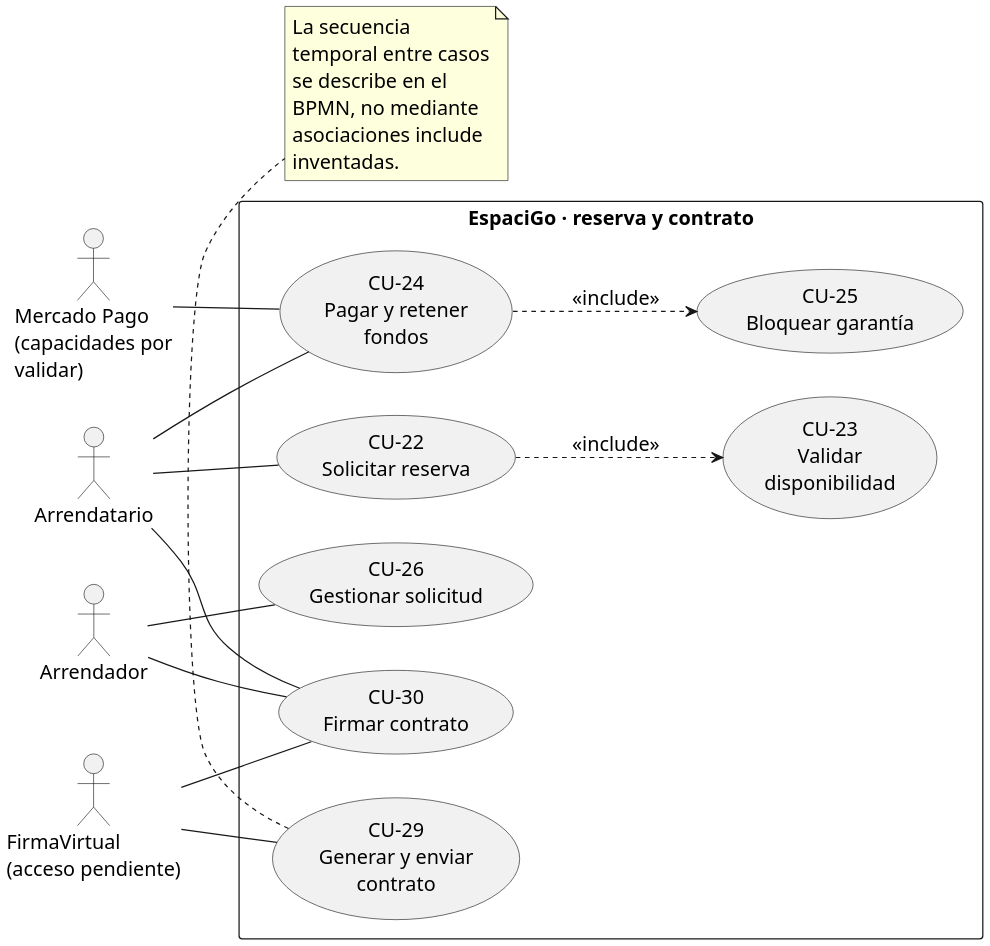
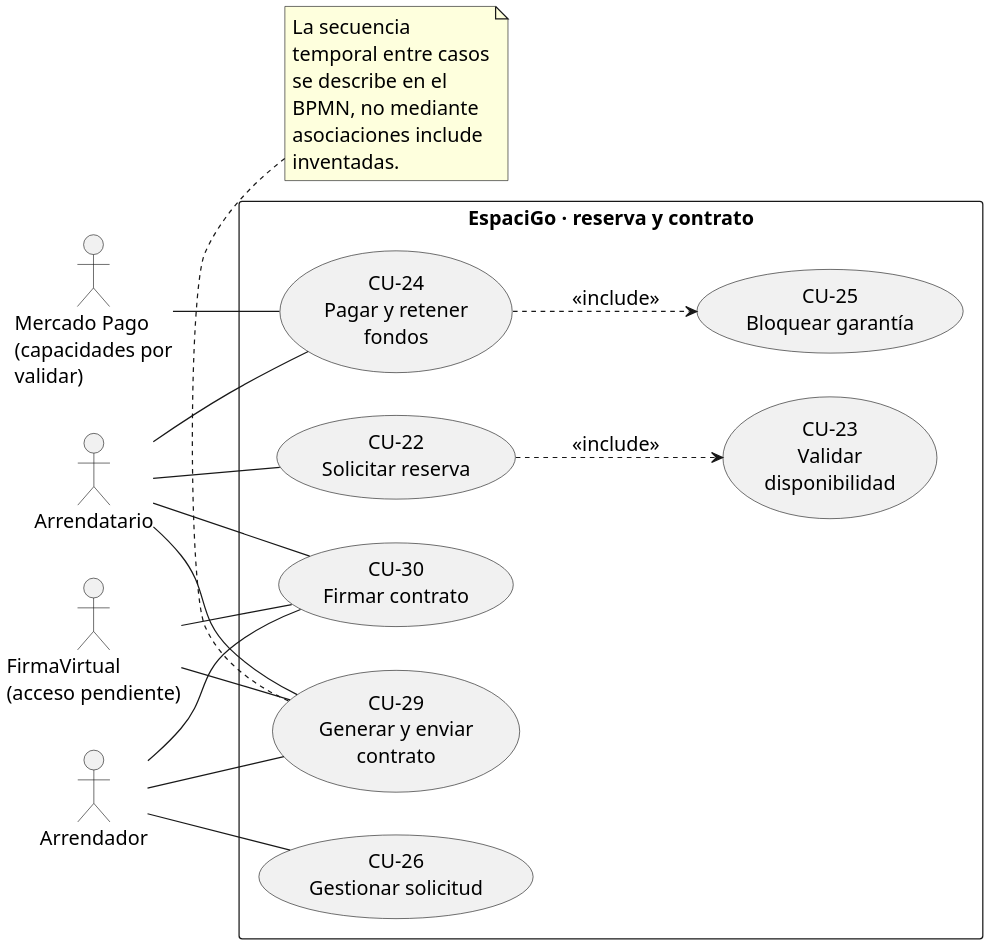
Before and after one commit to HernanEspinozaDev/proyectotitulo: the diagram in Informes/ES2PT/diagramas/cu_reserva.puml, drawn with PlantUML. The commit also changed 58 other files, not shown here.

```diff
--- a/Informes/ES2PT/diagramas/cu_reserva.puml
+++ b/Informes/ES2PT/diagramas/cu_reserva.puml
@@ -1,37 +1,39 @@
 @startuml
 skinparam dpi 180
 skinparam shadowing false
 skinparam defaultFontName Arial
 skinparam defaultFontSize 16
 skinparam backgroundColor white
 skinparam wrapWidth 160
 left to right direction
 actor Arrendatario as T
 actor Arrendador as H
 actor "Mercado Pago\n(capacidades por validar)" as MP
 actor "FirmaVirtual\n(acceso pendiente)" as FV
 rectangle "EspaciGo · reserva y contrato" {
 usecase "CU-22\nSolicitar reserva" as C22
 usecase "CU-23\nValidar disponibilidad" as C23
 usecase "CU-24\nPagar y retener fondos" as C24
 usecase "CU-25\nBloquear garantía" as C25
 usecase "CU-26\nGestionar solicitud" as C26
 usecase "CU-29\nGenerar y enviar contrato" as C29
 usecase "CU-30\nFirmar contrato" as C30
 }
 T -- C22
 T -- C24
 H -- C26
+T -- C29
+H -- C29
 T -- C30
 H -- C30
 C22 ..> C23 : <<include>>
 C24 ..> C25 : <<include>>
 MP -- C24
 FV -- C29
 FV -- C30
 note bottom of C29
 La secuencia temporal entre casos
 se describe en el BPMN, no mediante
 asociaciones include inventadas.
 end note
 @enduml
```
